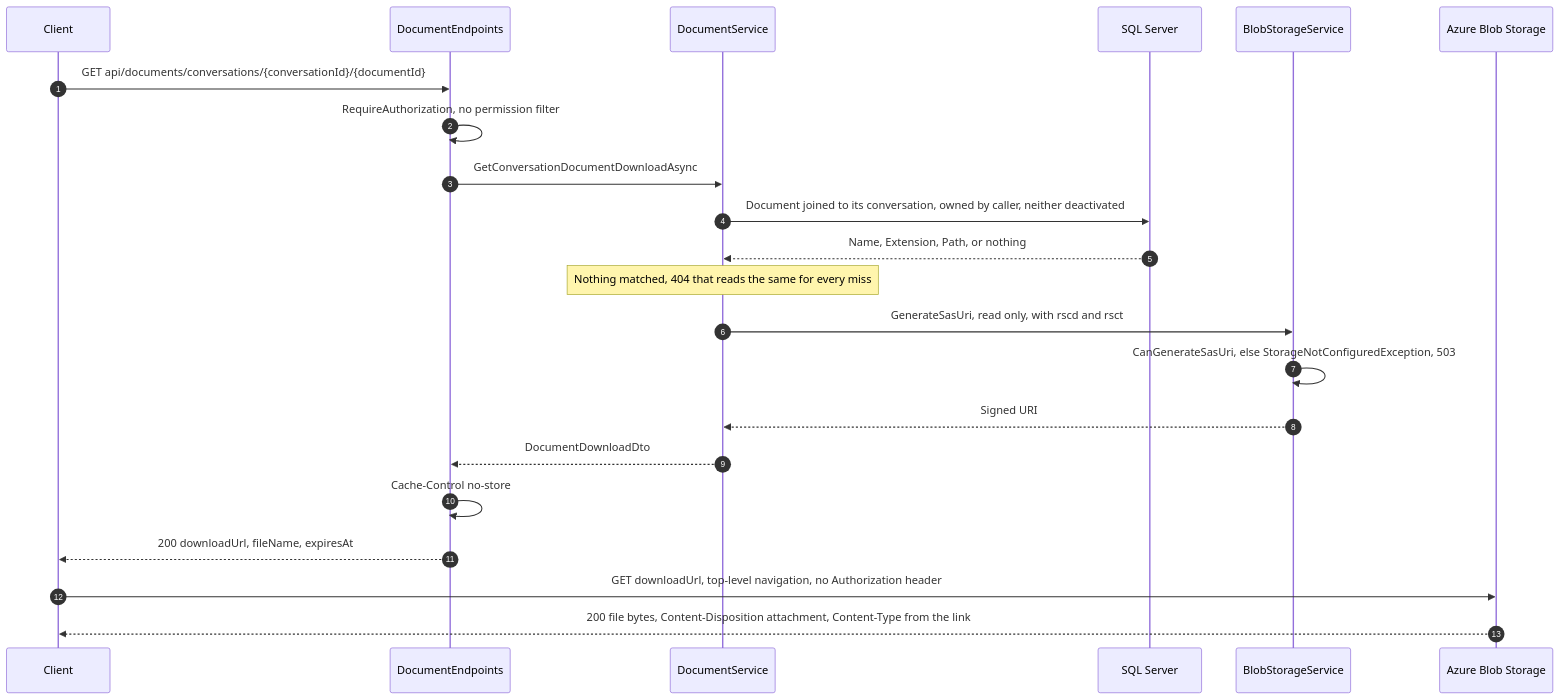
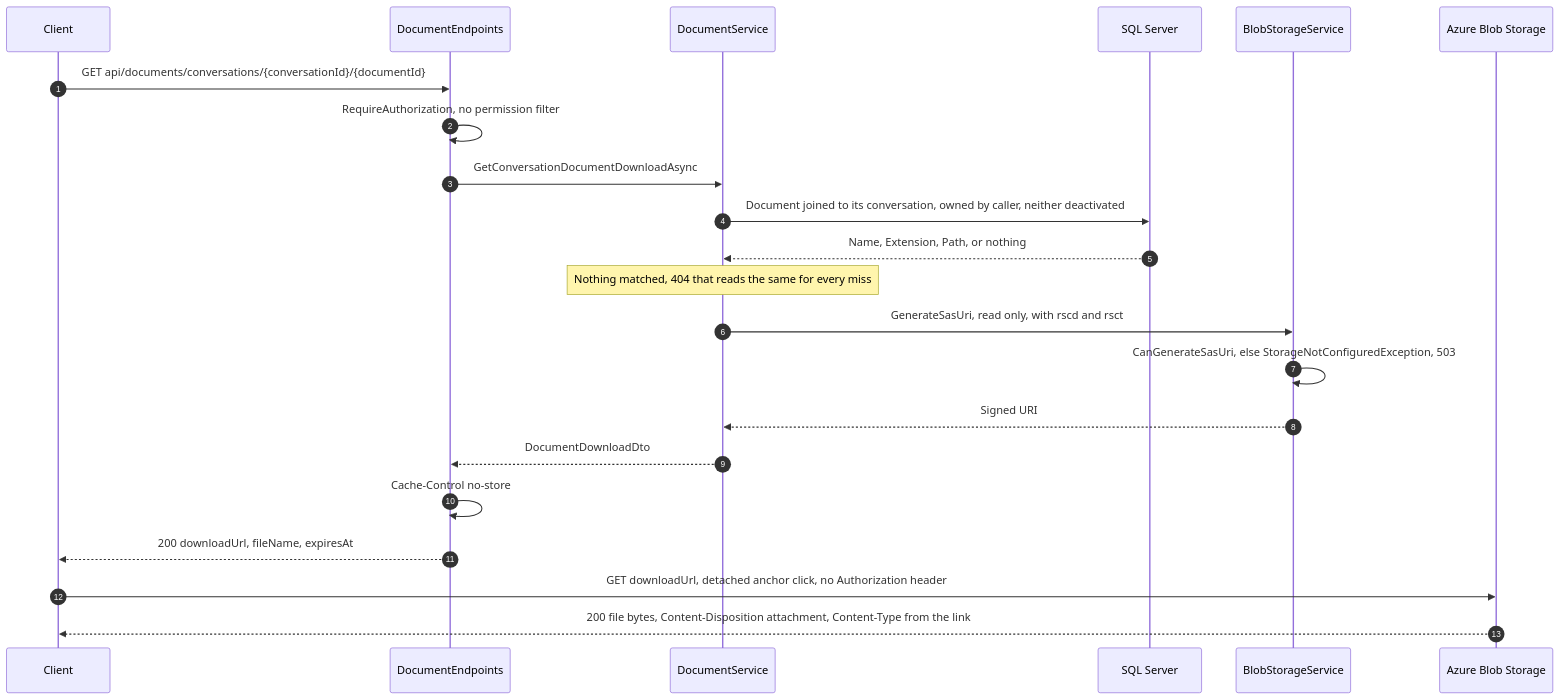
Before and after one commit to RorroRojas3/enterprise-gpt: the diagram in docs/documents/download-workflow.md, drawn with Mermaid. The commit also changed other lines of this file and 44 other files, not shown here.

````diff
--- a/docs/documents/download-workflow.md
+++ b/docs/documents/download-workflow.md
@@ -20,26 +20,26 @@
 ```mermaid
 sequenceDiagram
     autonumber
     participant C as Client
     participant EP as DocumentEndpoints
     participant SVC as DocumentService
     participant DB as SQL Server
     participant BS as BlobStorageService
     participant AZ as Azure Blob Storage
 
     C->>EP: GET api/documents/conversations/{conversationId}/{documentId}
     EP->>EP: RequireAuthorization, no permission filter
     EP->>SVC: GetConversationDocumentDownloadAsync
     SVC->>DB: Document joined to its conversation, owned by caller, neither deactivated
     DB-->>SVC: Name, Extension, Path, or nothing
     Note over SVC: Nothing matched, 404 that reads the same for every miss
     SVC->>BS: GenerateSasUri, read only, with rscd and rsct
     BS->>BS: CanGenerateSasUri, else StorageNotConfiguredException, 503
     BS-->>SVC: Signed URI
     SVC-->>EP: DocumentDownloadDto
     EP->>EP: Cache-Control no-store
     EP-->>C: 200 downloadUrl, fileName, expiresAt
 
-    C->>AZ: GET downloadUrl, top-level navigation, no Authorization header
+    C->>AZ: GET downloadUrl, detached anchor click, no Authorization header
     AZ-->>C: 200 file bytes, Content-Disposition attachment, Content-Type from the link
 ```
````
